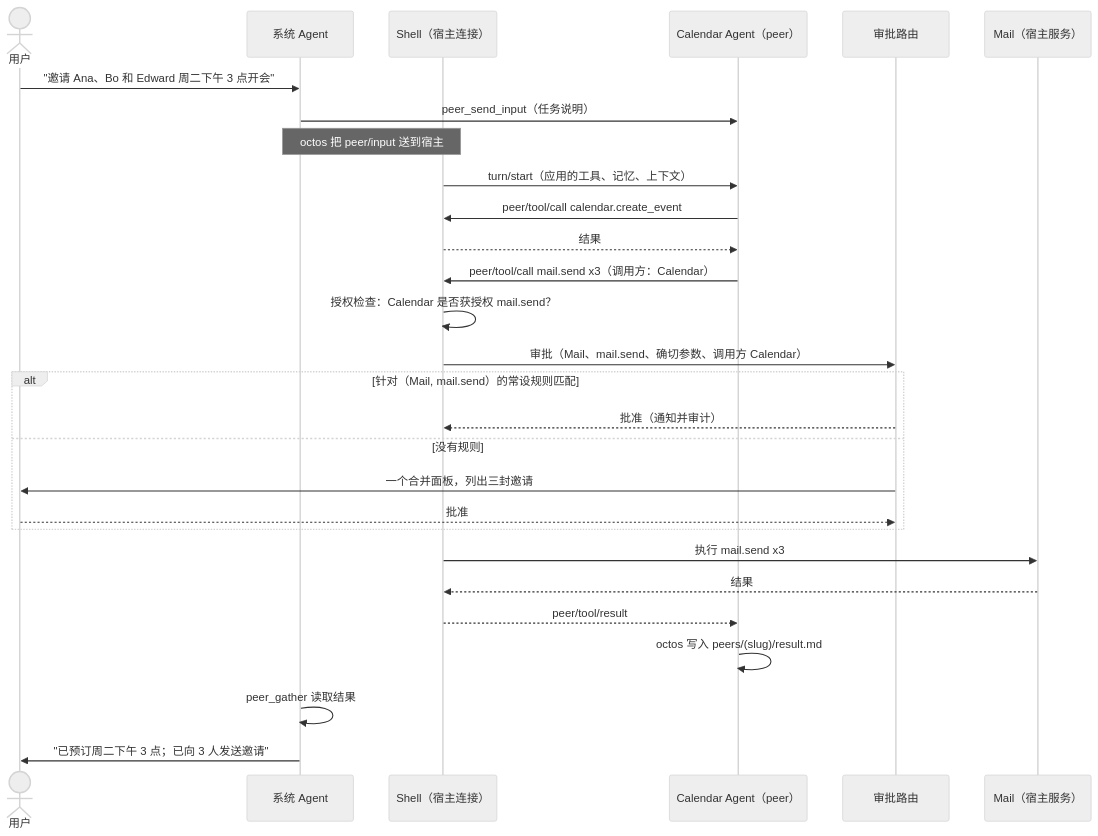
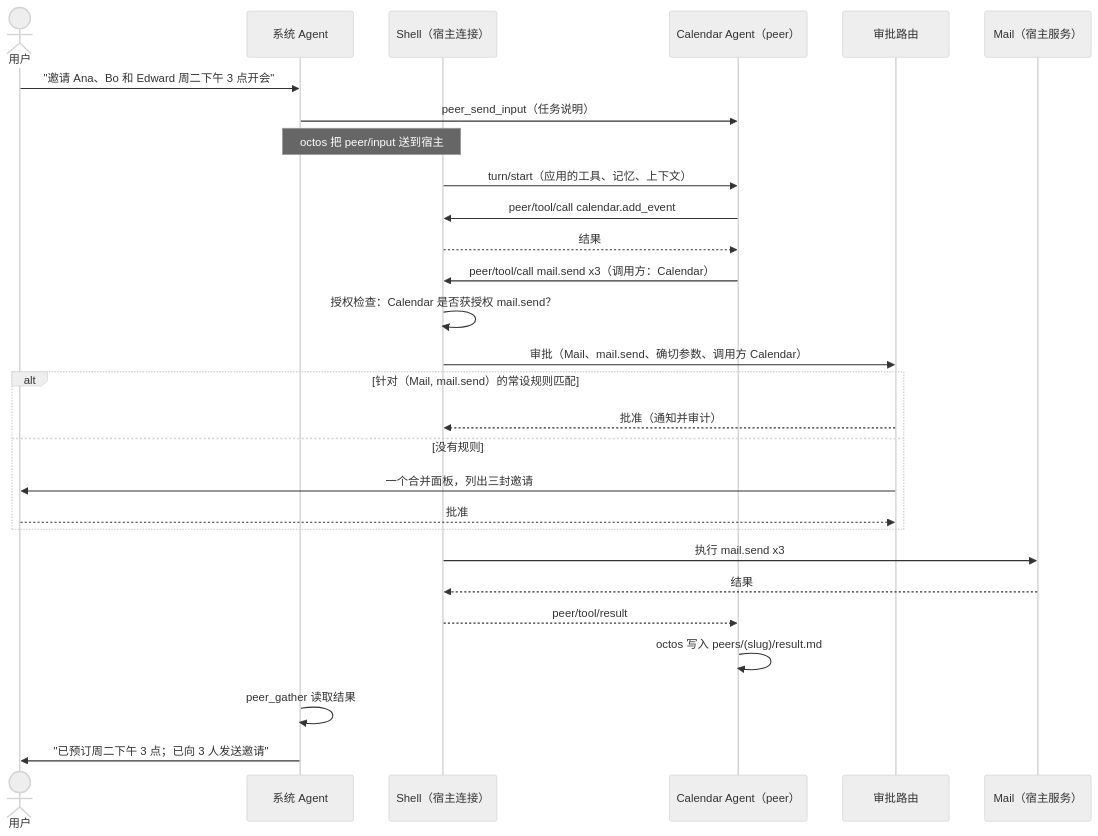
Before and after one commit to OctoSense-org/OctoSense: the fifth of 5 diagrams in docs/architecture.zh-CN.md, drawn with Mermaid (neutral theme). The commit also changed other lines of this file and 29 other files, not shown here.

Commit message:
docs: resolve architecture review and correct unsupported tool guidance

````diff
--- a/docs/architecture.zh-CN.md
+++ b/docs/architecture.zh-CN.md
@@ -396,30 +396,30 @@
 ```mermaid
 sequenceDiagram
   actor P as 用户
   participant S as 系统 Agent
   participant SH as Shell（宿主连接）
   participant C as Calendar Agent（peer）
   participant R as 审批路由
   participant M as Mail（宿主服务）
   P->>S: "邀请 Ana、Bo 和 Edward 周二下午 3 点开会"
   S->>C: peer_send_input（任务说明）
   Note over S,SH: octos 把 peer/input 送到宿主
   SH->>C: turn/start（应用的工具、记忆、上下文）
-  C->>SH: peer/tool/call calendar.create_event
+  C->>SH: peer/tool/call calendar.add_event
   SH-->>C: 结果
   C->>SH: peer/tool/call mail.send x3（调用方：Calendar）
   SH->>SH: 授权检查：Calendar 是否获授权 mail.send？
   SH->>R: 审批（Mail、mail.send、确切参数、调用方 Calendar）
   alt 针对（Mail, mail.send）的常设规则匹配
     R-->>SH: 批准（通知并审计）
   else 没有规则
     R->>P: 一个合并面板，列出三封邀请
     P-->>R: 批准
   end
   SH->>M: 执行 mail.send x3
   M-->>SH: 结果
   SH-->>C: peer/tool/result
   C->>C: octos 写入 peers/(slug)/result.md
   S->>S: peer_gather 读取结果
   S->>P: "已预订周二下午 3 点；已向 3 人发送邀请"
 ```
````
